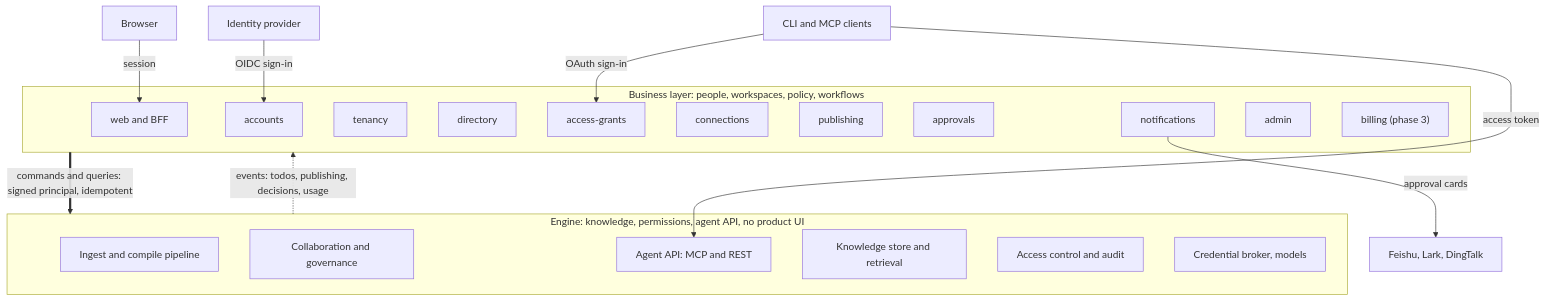
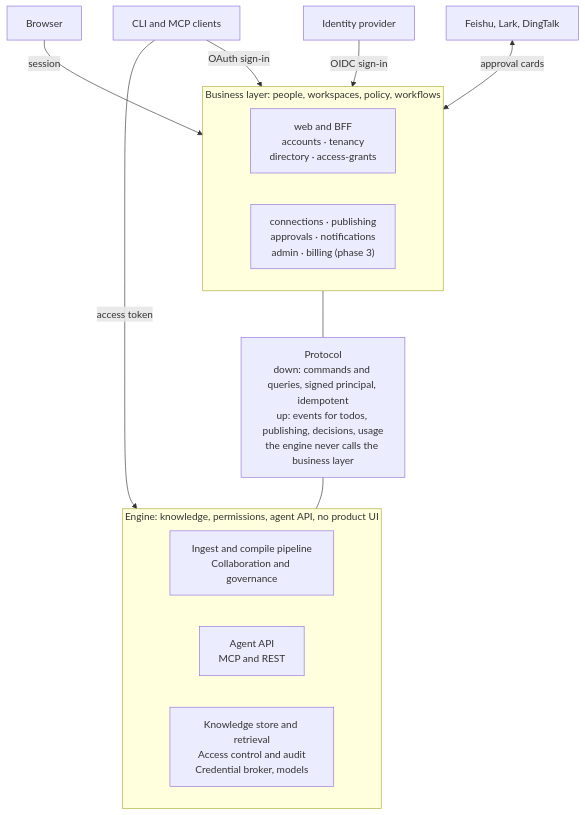
Before and after one commit to AngelMsger/Inspiration: the second of 2 diagrams in docs/design/business-layer.md, drawn with Mermaid. The commit also changed other lines of this file and 4 other files, not shown here.

First line of the commit message:
Docs: add the business layer design and its engine contract

````diff
--- a/docs/design/business-layer.md
+++ b/docs/design/business-layer.md
@@ -256,35 +259,25 @@
 ```mermaid
 flowchart TB
   browser[Browser]
   idp[Identity provider]
+  agents[CLI and MCP clients]
   im["Feishu, Lark, DingTalk"]
-  clients[CLI and MCP clients]
   subgraph business["Business layer: people, workspaces, policy, workflows"]
-    web[web and BFF]
-    accounts[accounts]
-    tenancy[tenancy]
-    directory[directory]
-    grants[access-grants]
-    connections[connections]
-    publishing[publishing]
-    approvals[approvals]
-    notifications[notifications]
-    admin[admin]
-    billing["billing (phase 3)"]
+    direction LR
+    identity["web and BFF<br/>accounts · tenancy<br/>directory · access-grants"]
+    workflow["connections · publishing<br/>approvals · notifications<br/>admin · billing (phase 3)"]
   end
+  protocol["Protocol<br/>down: commands and queries, signed principal, idempotent<br/>up: events for todos, publishing, decisions, usage<br/>the engine never calls the business layer"]
   subgraph engine["Engine: knowledge, permissions, agent API, no product UI"]
-    pipeline[Ingest and compile pipeline]
-    governance[Collaboration and governance]
-    agentapi["Agent API: MCP and REST"]
-    store[Knowledge store and retrieval]
-    access[Access control and audit]
-    broker["Credential broker, models"]
+    direction LR
+    pipeline["Ingest and compile pipeline<br/>Collaboration and governance"]
+    agentapi["Agent API<br/>MCP and REST"]
+    platform["Knowledge store and retrieval<br/>Access control and audit<br/>Credential broker, models"]
   end
-  browser -- session --> web
-  idp -- OIDC sign-in --> accounts
-  notifications -- approval cards --> im
-  clients -- OAuth sign-in --> grants
-  clients -- access token --> agentapi
-  business == "commands and queries: signed principal, idempotent" ==> engine
-  engine -. "events: todos, publishing, decisions, usage" .-> business
+  browser -- session --> identity
+  idp -- OIDC sign-in --> identity
+  agents -- OAuth sign-in --> identity
+  im <-- approval cards --> workflow
+  business --- protocol --- engine
+  agents -- access token --> agentapi
 ```
````
